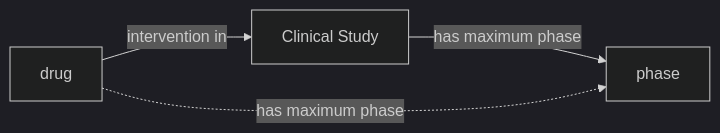
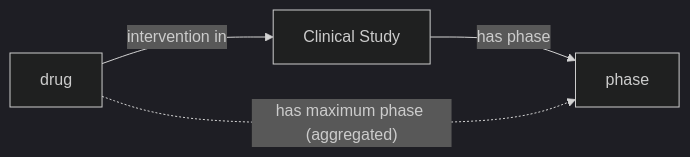
Before and after one commit to cthoyt/cthoyt.github.io: the first of 7 diagrams in _posts/2025-01-23-clinical-trials-model.md, drawn with Mermaid (dark theme). The commit also changed other lines of this file, not shown here.

````diff
--- a/_posts/2025-01-23-clinical-trials-model.md
+++ b/_posts/2025-01-23-clinical-trials-model.md
@@ -236,5 +238,5 @@
 ```mermaid
    graph LR
-     drug -- intervention in --> trial[Clinical Study] -- has maximum phase --> phase
-     drug -. has maximum phase .-> phase
+     drug -- intervention in --> trial[Clinical Study] -- has phase --> phase
+     drug -. has maximum phase (aggregated) .-> phase
 ```
````
